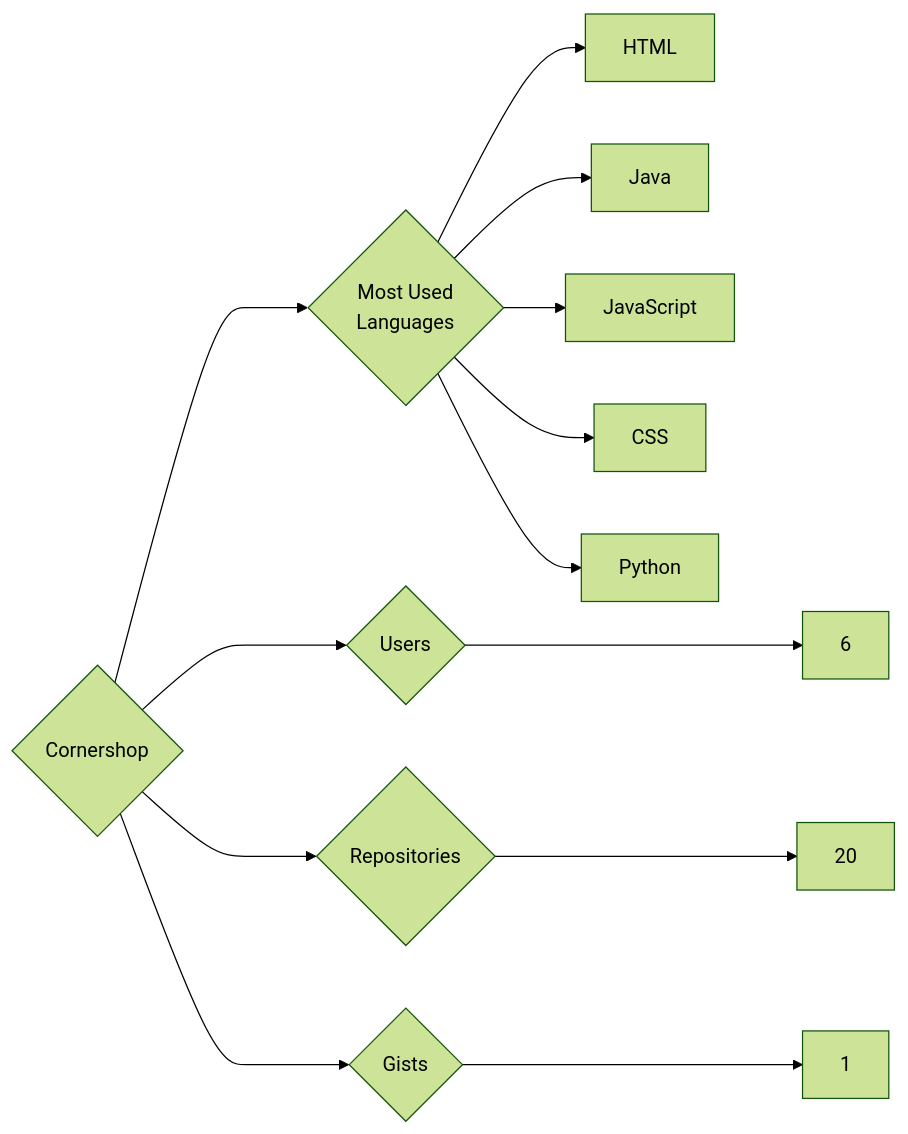
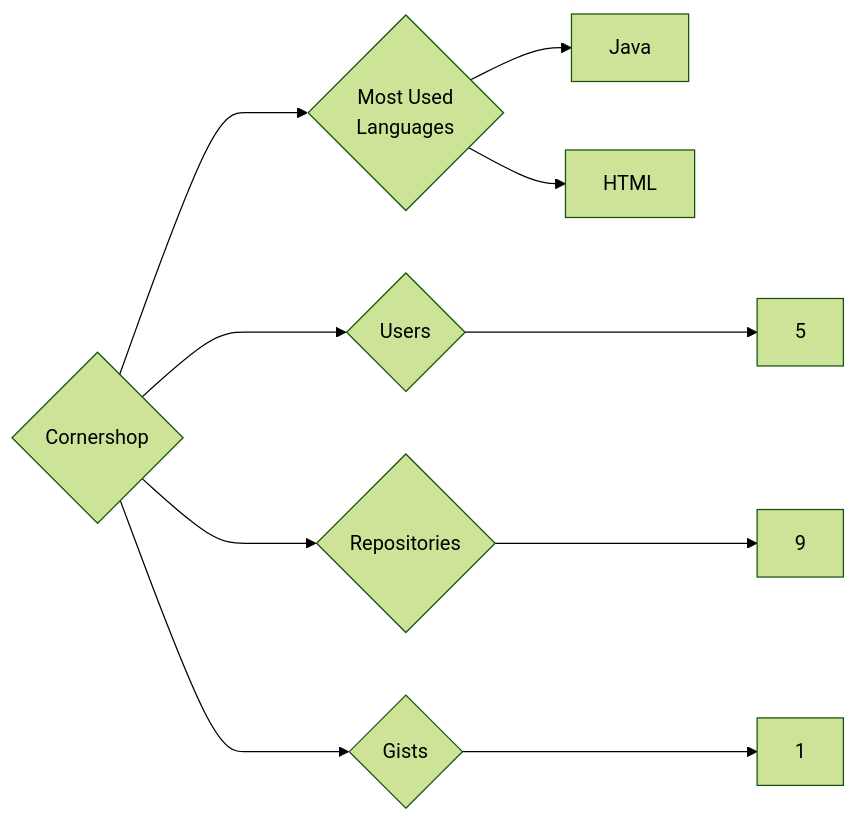
The diagram in targets/Cornershop/README.md (trickest/insiders), drawn with Mermaid (forest theme) before and after one commit. The commit also changed 993 other files, not shown here.

````diff
--- a/targets/Cornershop/README.md
+++ b/targets/Cornershop/README.md
@@ -3,13 +3,10 @@
 ```mermaid
 graph LR
 COMPANY_NAME{Cornershop}
-COMPANY_NAME ---> U{Users} ---> UN[6]
-COMPANY_NAME ---> R{Repositories} ---> RN[20]
+COMPANY_NAME ---> U{Users} ---> UN[5]
+COMPANY_NAME ---> R{Repositories} ---> RN[9]
 COMPANY_NAME ---> G{Gists} ---> GN[1]
 COMPANY_NAME ---> ML{Most Used<br>Languages}
+ML --> Java[Java]
 ML --> HTML[HTML]
-ML --> Java[Java]
-ML --> JavaScript[JavaScript]
-ML --> CSS[CSS]
-ML --> Python[Python]
 ```
````
